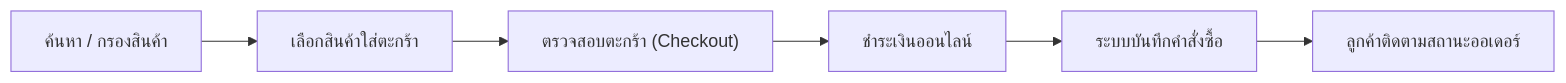
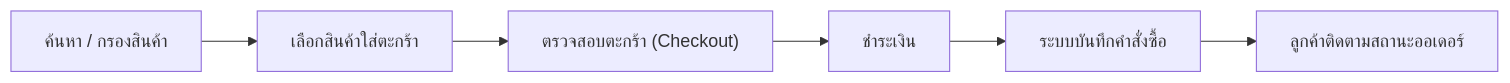
Before and after one commit to warattha48/cosmetic-ecommerce-docs: the second of 2 diagrams in README.md, drawn with Mermaid. The commit also changed other lines of this file, not shown here.

````diff
--- a/README.md
+++ b/README.md
@@ -166,8 +260,8 @@
 ```mermaid
 flowchart LR
     A1["ค้นหา / กรองสินค้า"] --> A2["เลือกสินค้าใส่ตะกร้า"]
     A2 --> A3["ตรวจสอบตะกร้า (Checkout)"]
-    A3 --> A4["ชำระเงินออนไลน์"]
+    A3 --> A4["ชำระเงิน"]
     A4 --> A5["ระบบบันทึกคำสั่งซื้อ"]
     A5 --> A6["ลูกค้าติดตามสถานะออเดอร์"]
 ```
````
